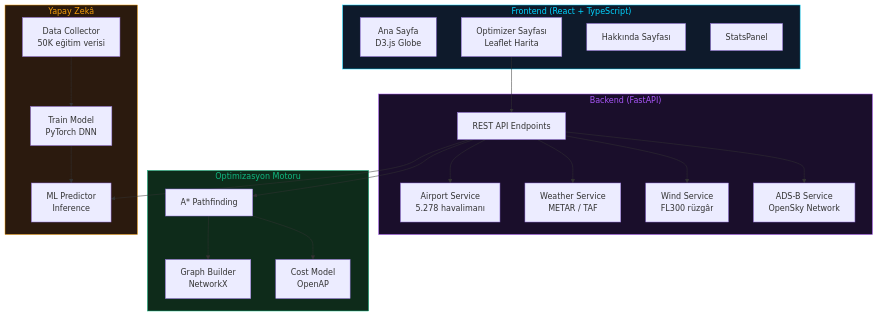
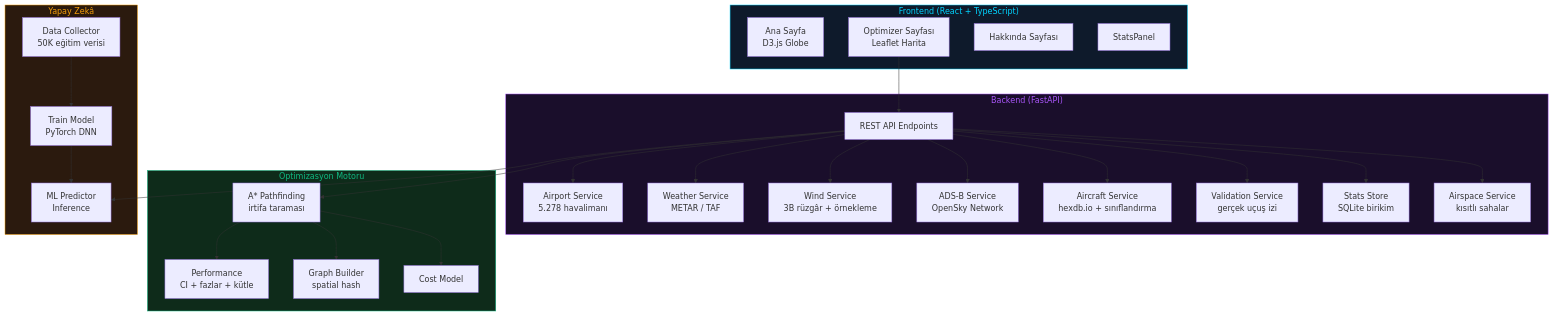
The diagram in README.md (umutKaracelebi/SkyOptimizer-AI), drawn with Mermaid before and after one commit. The commit also changed other lines of this file and 45 other files, not shown here.

First line of the commit message:
Fizik motoru, 3B rüzgâr, gerçek uçuş doğrulama ve canlı trafik ikonları

````diff
--- a/README.md
+++ b/README.md
@@ -30,41 +37,46 @@
 ```mermaid
 graph TB
     subgraph Frontend["Frontend (React + TypeScript)"]
         HP[Ana Sayfa<br/>D3.js Globe]
         OP[Optimizer Sayfası<br/>Leaflet Harita]
         AP[Hakkında Sayfası]
         SP[StatsPanel]
     end
 
     subgraph Backend["Backend (FastAPI)"]
         API[REST API Endpoints]
         AS[Airport Service<br/>5.278 havalimanı]
         WS[Weather Service<br/>METAR / TAF]
-        WIND[Wind Service<br/>FL300 rüzgâr]
+        WIND[Wind Service<br/>3B rüzgâr + örnekleme]
         ADSB[ADS-B Service<br/>OpenSky Network]
+        AIRCRAFT[Aircraft Service<br/>hexdb.io + sınıflandırma]
+        VALID[Validation Service<br/>gerçek uçuş izi]
+        STATS[Stats Store<br/>SQLite birikim]
+        ASPACE[Airspace Service<br/>kısıtlı sahalar]
     end
 
     subgraph Optimization["Optimizasyon Motoru"]
-        GB[Graph Builder<br/>NetworkX]
-        CM[Cost Model<br/>OpenAP]
-        ASTAR[A* Pathfinding]
+        PERF[Performance<br/>CI + fazlar + kütle]
+        GB[Graph Builder<br/>spatial hash]
+        CM[Cost Model]
+        ASTAR[A* Pathfinding<br/>irtifa taraması]
     end
 
     subgraph ML["Yapay Zekâ"]
         DC[Data Collector<br/>50K eğitim verisi]
         TM[Train Model<br/>PyTorch DNN]
         MP[ML Predictor<br/>Inference]
     end
 
     OP --> API
-    API --> AS & WS & WIND & ADSB
+    API --> AS & WS & WIND & ADSB & AIRCRAFT & VALID & STATS & ASPACE
     API --> ASTAR
-    ASTAR --> GB & CM
+    ASTAR --> GB & CM & PERF
     API --> MP
     DC --> TM --> MP
 
     style Frontend fill:#0e1a2b,color:#00d4ff,stroke:#00d4ff
     style Backend fill:#1a0e2b,color:#a855f7,stroke:#a855f7
     style Optimization fill:#0e2b1a,color:#10b981,stroke:#10b981
     style ML fill:#2b1a0e,color:#f59e0b,stroke:#f59e0b
 ```
````
